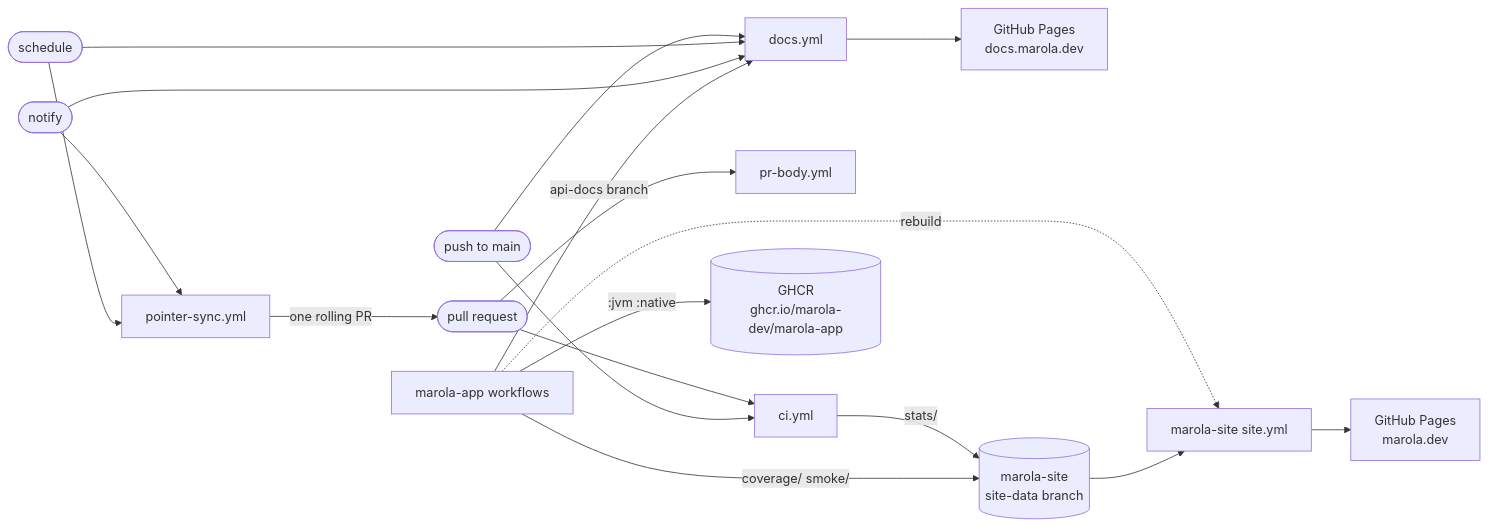
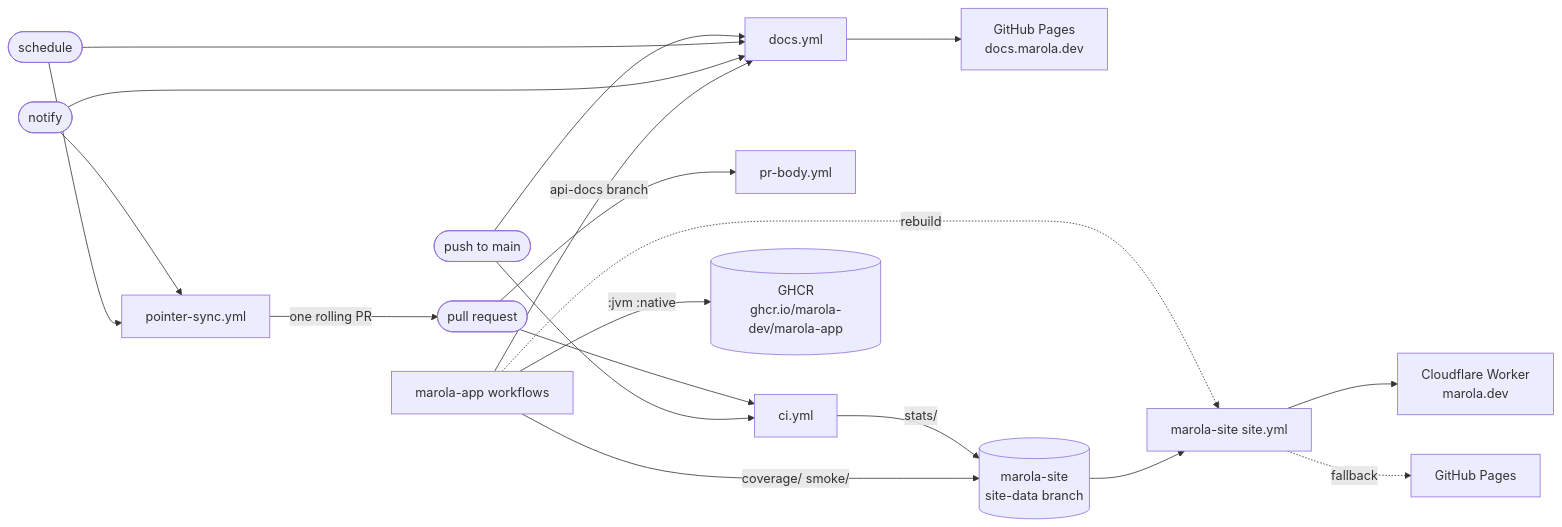
One commit to marola-dev/marola changed the first of 2 diagrams in docs/3-Ways-of-working/CI-CD.md. Above: the diagram before and after it, drawn with Mermaid. The commit also changed 2 other files, not shown here.

Commit message:
docs: marola.dev is on Cloudflare, with GitHub Pages as fallback
Since 2026-10-07 marola-site's Cloudflare Worker `marola` has served marola.dev
(marola-dev/marola-site#84, #86). It serves static assets on the free plan, and GitHub Pages keeps
receiving the same deploy as a fallback. Three places still named GitHub Pages as the host:
PHASES' Phase 3 entry, the flow diagram in CI-CD and the marola-site row in REPOS. All three now
say Cloudflare. docs.marola.dev stays on GitHub Pages, so DOCS-SITE does not change.

Closes #694

Tested: just quality green (docs-lint, mip_graph --check), run from a copy of the justfile without the .devkit import because the linked devkit 0.4.1 also defines stack-setup
Cost: ~$1.02 est. · ~0.5M tokens est. (diff-size model, 10 lines, no session log, IQR 0.2M-1.4M tokens for this diff from 243 calibrated commits) · scripts/cost-split.py --estimate 2026-10-07

````diff
--- a/docs/3-Ways-of-working/CI-CD.md
+++ b/docs/3-Ways-of-working/CI-CD.md
@@ -12,20 +12,21 @@
 ```mermaid
 flowchart LR
   pr([pull request]) --> ci[ci.yml]
   pr --> body[pr-body.yml]
   main([push to main]) --> ci
   main --> docs[docs.yml]
   cron([schedule]) --> docs
   sub([notify]) --> docs
   sub --> sync[pointer-sync.yml]
   cron --> sync
   sync -- "one rolling PR" --> pr
   app[marola-app workflows] -- ":jvm :native" --> ghcr[(GHCR<br/>ghcr.io/marola-dev/marola-app)]
   app -- "api-docs branch" --> docs
   docs --> dpages[GitHub Pages<br/>docs.marola.dev]
   ci -- "stats/" --> sd[(marola-site<br/>site-data branch)]
   app -- "coverage/ smoke/" --> sd
   app -. rebuild .-> site[marola-site site.yml]
   sd --> site
-  site --> pages[GitHub Pages<br/>marola.dev]
+  site --> cfw[Cloudflare Worker<br/>marola.dev]
+  site -. fallback .-> pages[GitHub Pages]
 ```
````
